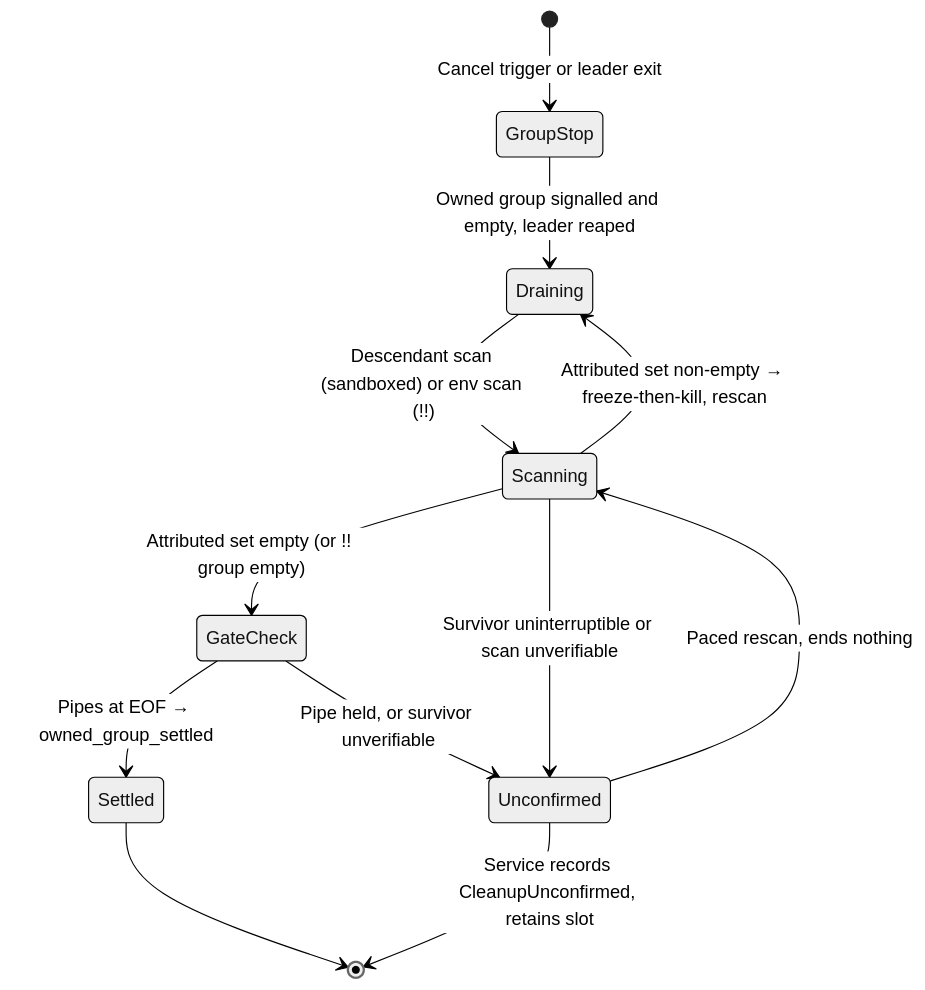
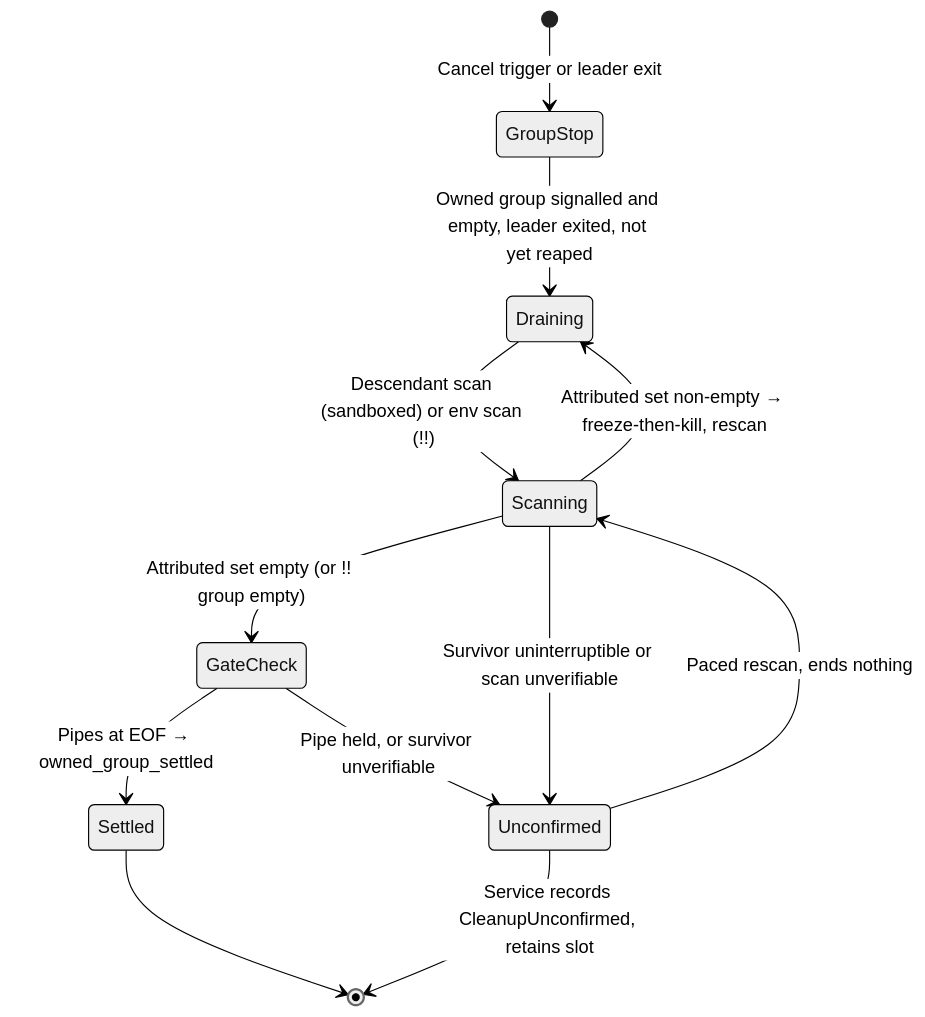
Before and after one commit to pidster/asura: the third of 3 diagrams in docs/designs/escapee-control.md, drawn with Mermaid (neutral theme). The commit also changed other lines of this file and 16 other files, not shown here.

````diff
--- a/docs/designs/escapee-control.md
+++ b/docs/designs/escapee-control.md
@@ -345,14 +357,14 @@
 ```mermaid
 stateDiagram-v2
     [*] --> GroupStop: Cancel trigger or leader exit
-    GroupStop --> Draining: Owned group signalled and empty, leader reaped
+    GroupStop --> Draining: Owned group signalled and empty, leader exited, not yet reaped
     Draining --> Scanning: Descendant scan (sandboxed) or env scan (!!)
     Scanning --> Draining: Attributed set non-empty → freeze-then-kill, rescan
     Scanning --> GateCheck: Attributed set empty (or !! group empty)
     GateCheck --> Settled: Pipes at EOF → owned_group_settled
     GateCheck --> Unconfirmed: Pipe held, or survivor unverifiable
     Scanning --> Unconfirmed: Survivor uninterruptible or scan unverifiable
     Unconfirmed --> Scanning: Paced rescan, ends nothing
     Settled --> [*]
     Unconfirmed --> [*]: Service records CleanupUnconfirmed, retains slot
 ```
````
